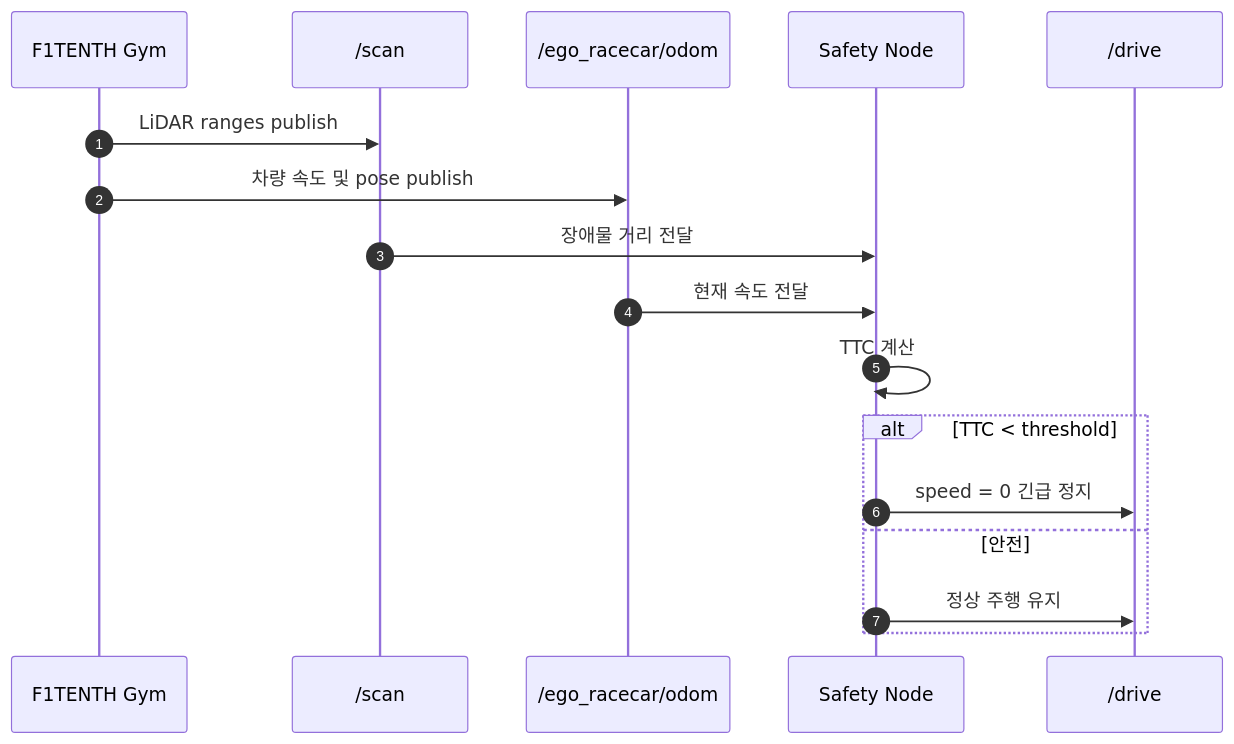
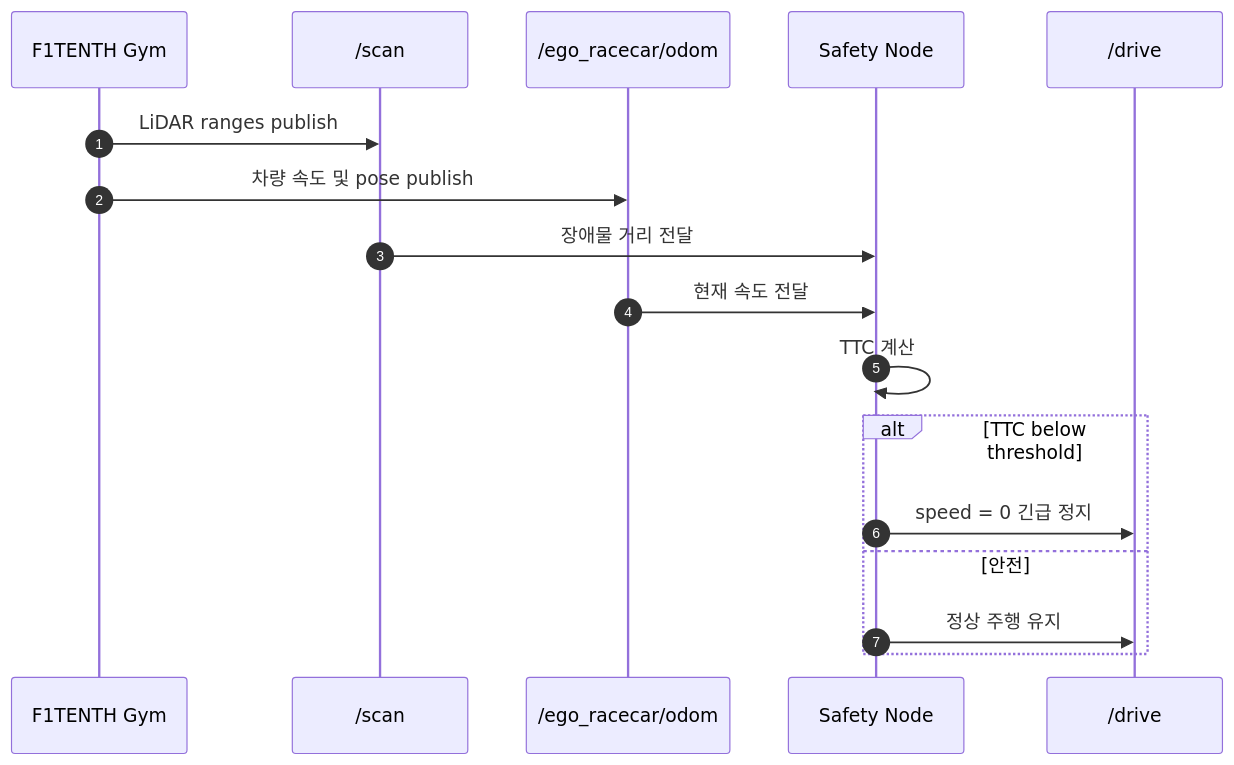
The fourth of 5 diagrams in README.md (sungwung1201/F1TENTH-Autonomous-Driving), drawn with Mermaid before and after one commit. The commit also changed other lines of this file, not shown here.

````diff
--- a/README.md
+++ b/README.md
@@ -332,20 +332,20 @@
 ```mermaid
 sequenceDiagram
     autonumber
     participant Sim as F1TENTH Gym
     participant Scan as /scan
     participant Odom as /ego_racecar/odom
     participant Safety as Safety Node
     participant Drive as /drive
 
     Sim->>Scan: LiDAR ranges publish
     Sim->>Odom: 차량 속도 및 pose publish
     Scan->>Safety: 장애물 거리 전달
     Odom->>Safety: 현재 속도 전달
     Safety->>Safety: TTC 계산
-    alt TTC < threshold
+    alt TTC below threshold
         Safety->>Drive: speed = 0 긴급 정지
     else 안전
         Safety->>Drive: 정상 주행 유지
     end
 ```
````
